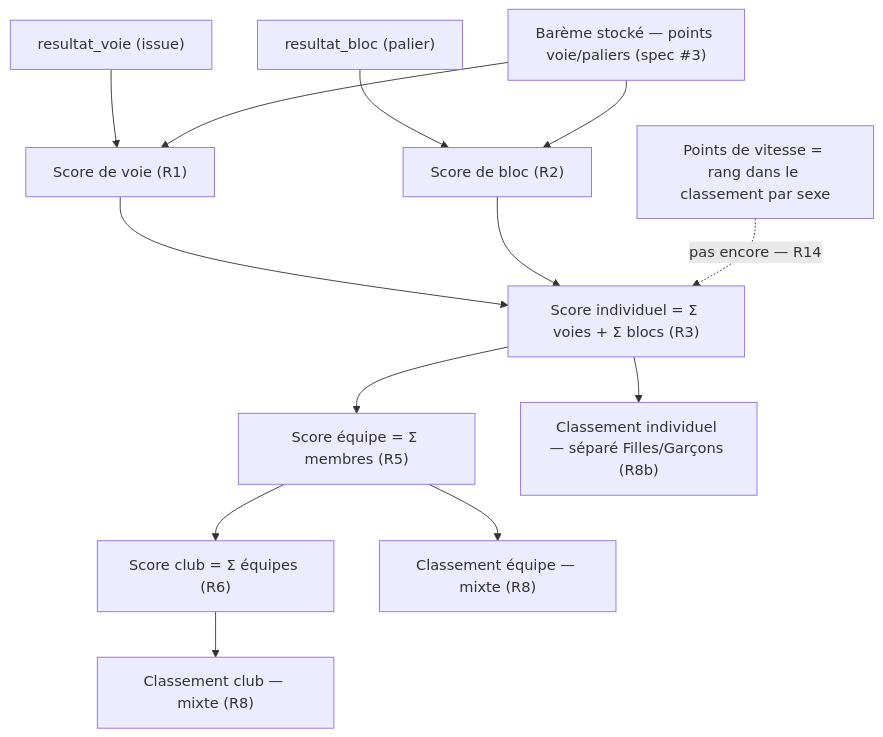
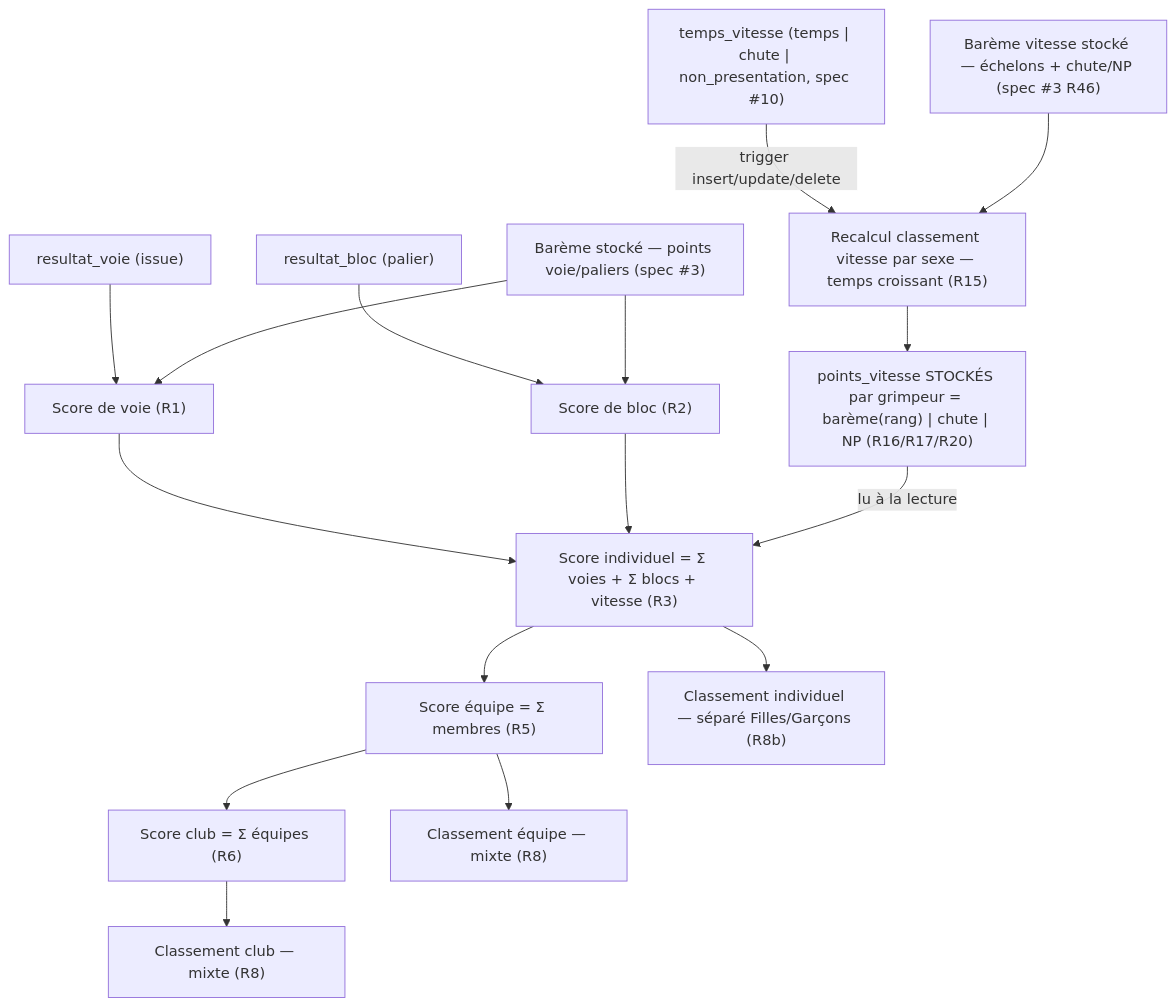
Before and after one commit to julleroyfr/interclub: the diagram in docs/specs/07-classement.md, drawn with Mermaid. The commit also changed other lines of this file and 18 other files, not shown here.

First line of the commit message:
feat(vitesse): calcul des points de vitesse au score/classement (spec #7 R15–R20, #3 R46)

````diff
--- a/docs/specs/07-classement.md
+++ b/docs/specs/07-classement.md
@@ -234,15 +330,18 @@
 ```mermaid
 flowchart TD
   RV["resultat_voie (issue)"] --> SV["Score de voie (R1)"]
   RB["resultat_bloc (palier)"] --> SB["Score de bloc (R2)"]
   BAR["Barème stocké — points voie/paliers (spec #3)"] --> SV
   BAR --> SB
-  SV --> SI["Score individuel = Σ voies + Σ blocs (R3)"]
+  SV --> SI["Score individuel = Σ voies + Σ blocs + vitesse (R3)"]
   SB --> SI
+  TV["temps_vitesse (temps | chute | non_presentation, spec #10)"] -->|trigger insert/update/delete| CV["Recalcul classement vitesse par sexe — temps croissant (R15)"]
+  BV["Barème vitesse stocké — échelons + chute/NP (spec #3 R46)"] --> CV
+  CV --> PV["points_vitesse STOCKÉS par grimpeur = barème(rang) | chute | NP (R16/R17/R20)"]
+  PV -->|lu à la lecture| SI
   SI --> SE["Score équipe = Σ membres (R5)"]
   SE --> SC["Score club = Σ équipes (R6)"]
   SI --> CI["Classement individuel — séparé Filles/Garçons (R8b)"]
   SE --> CE["Classement équipe — mixte (R8)"]
   SC --> CC["Classement club — mixte (R8)"]
-  VIT["Points de vitesse = rang dans le classement par sexe"] -. "pas encore — R14" .-> SI
 ```
````
